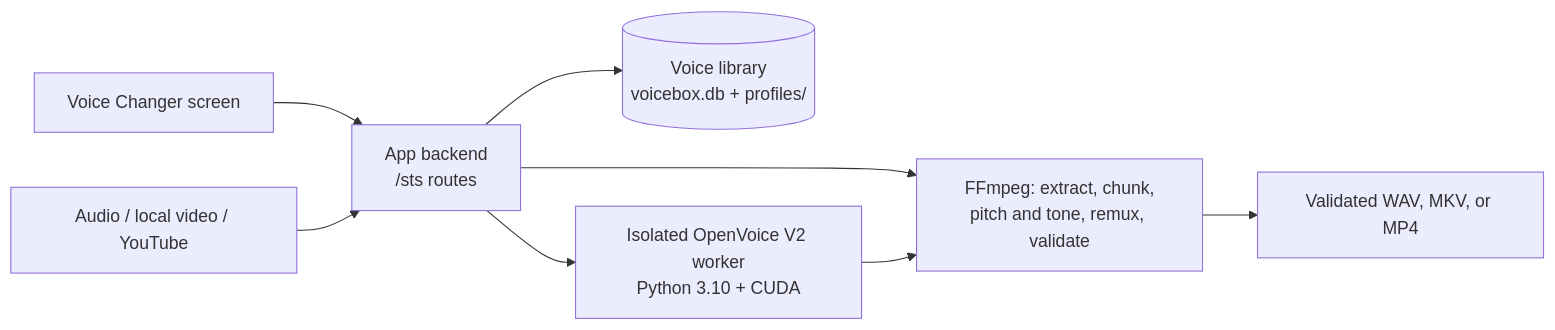
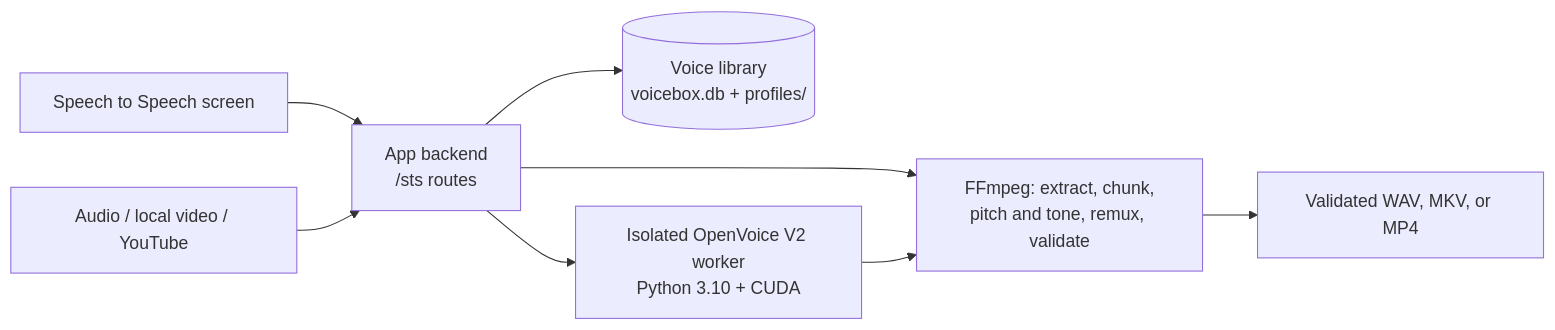
The diagram in README.md (Digitalgods2/Voicebox-Bridge-Studio), drawn with Mermaid before and after one commit. The commit also changed other lines of this file and 15 other files, not shown here.

First line of the commit message:
feat(sts): rename to Speech to Speech; clear sources and delete results

````diff
--- a/README.md
+++ b/README.md
@@ -69,10 +69,10 @@
 ```mermaid
 flowchart LR
-    UI[Voice Changer screen] --> API[App backend\n/sts routes]
+    UI[Speech to Speech screen] --> API[App backend\n/sts routes]
     API --> DB[(Voice library\nvoicebox.db + profiles/)]
     API --> OV[Isolated OpenVoice V2 worker\nPython 3.10 + CUDA]
     SRC[Audio / local video / YouTube] --> API
     API --> FF[FFmpeg: extract, chunk,\npitch and tone, remux, validate]
     OV --> FF
     FF --> OUT[Validated WAV, MKV, or MP4]
 ```
````
